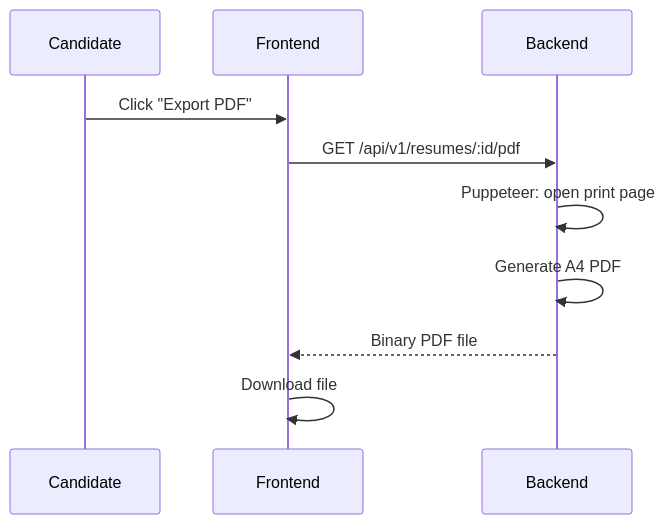
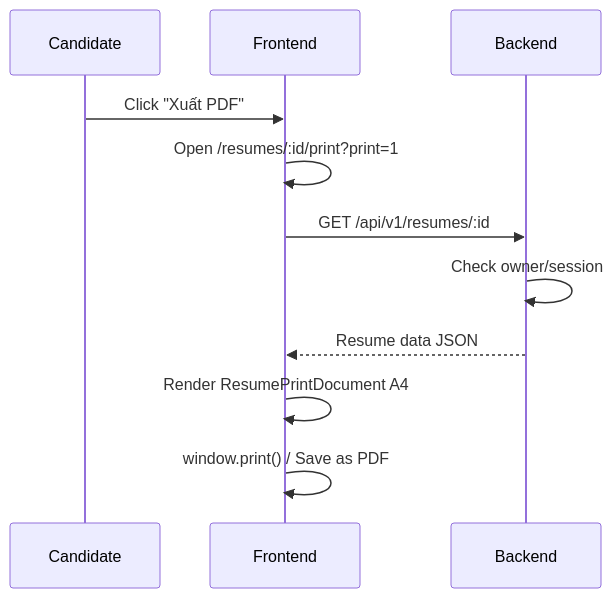
Before and after one commit to Hieuej147/job-PhuQuoc: diagram 15 of 28 in TEAM_FE_DOCUMENT.md, drawn with Mermaid. The commit also changed other lines of this file and 32 other files, not shown here.

Commit message:
fix cv flow and application lifecycle cleanup

````diff
--- a/TEAM_FE_DOCUMENT.md
+++ b/TEAM_FE_DOCUMENT.md
@@ -597,13 +597,14 @@
 ```mermaid
 sequenceDiagram
     participant C as Candidate
     participant FE as Frontend
     participant BE as Backend
 
-    C->>FE: Click "Export PDF"
-    FE->>BE: GET /api/v1/resumes/:id/pdf
-    BE->>BE: Puppeteer: open print page
-    BE->>BE: Generate A4 PDF
-    BE-->>FE: Binary PDF file
-    FE->>FE: Download file
+    C->>FE: Click "Xuất PDF"
+    FE->>FE: Open /resumes/:id/print?print=1
+    FE->>BE: GET /api/v1/resumes/:id
+    BE->>BE: Check owner/session
+    BE-->>FE: Resume data JSON
+    FE->>FE: Render ResumePrintDocument A4
+    FE->>FE: window.print() / Save as PDF
 ```
````
